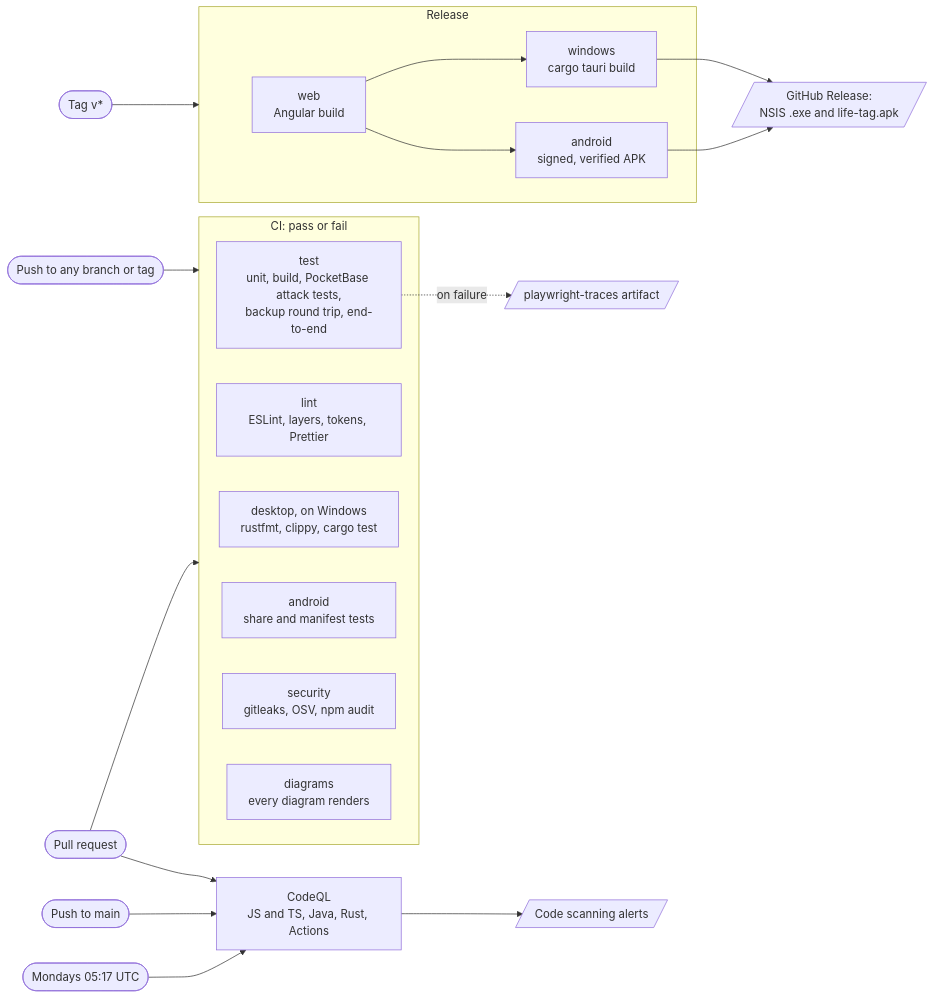
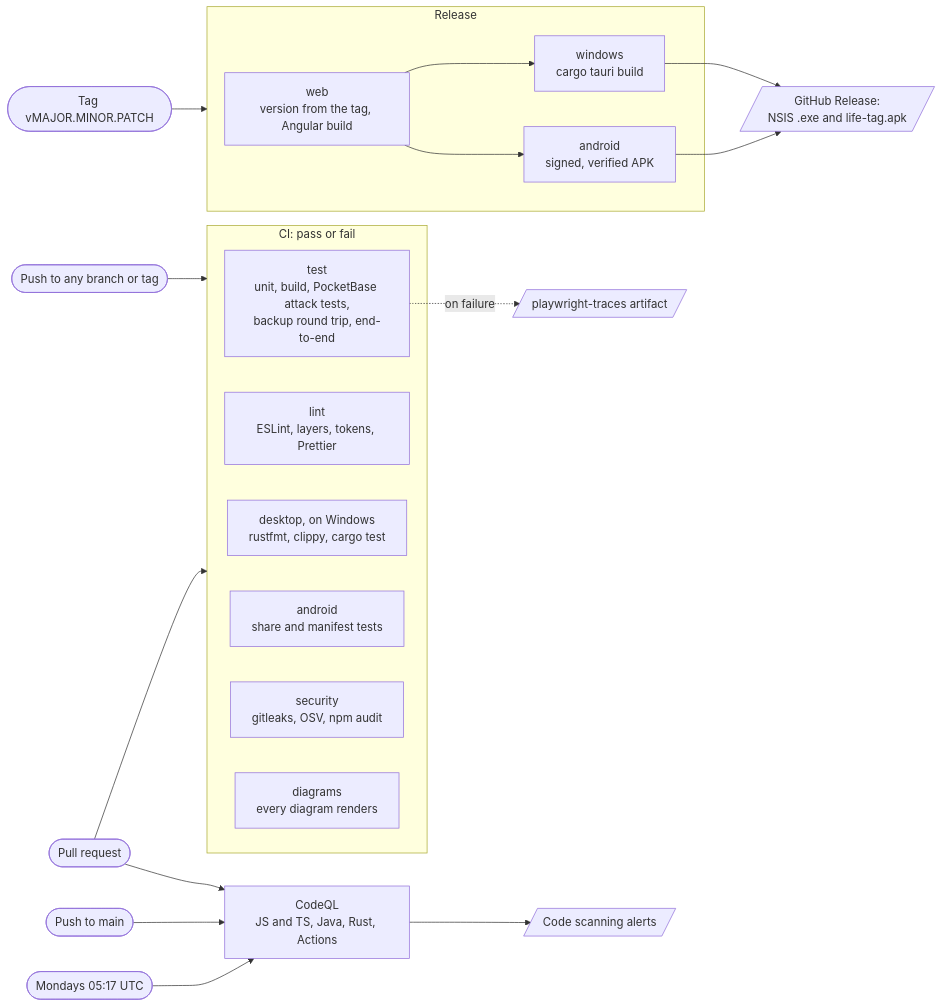
Before and after one commit to valde222/life_app: the diagram in docs/diagrams/10-ci-cd.md, drawn with Mermaid. The commit also changed other lines of this file and 7 other files, not shown here.

Commit message:
feat: releases take their version from a vMAJOR.MINOR.PATCH tag: web build, APK versionCode, installer; shown in Settings

````diff
--- a/docs/diagrams/10-ci-cd.md
+++ b/docs/diagrams/10-ci-cd.md
@@ -5,28 +5,28 @@
 ```mermaid
 flowchart LR
   push(["Push to any branch or tag"]) --> ci
   pr(["Pull request"]) --> ci
   pr --> codeql
   main(["Push to main"]) --> codeql
   week(["Mondays 05:17 UTC"]) --> codeql
-  tag(["Tag v*"]) --> release
+  tag(["Tag vMAJOR.MINOR.PATCH"]) --> release
 
   subgraph ci["CI: pass or fail"]
     test["test<br/>unit, build, PocketBase attack tests,<br/>backup round trip, end-to-end"]
     lint["lint<br/>ESLint, layers, tokens, Prettier"]
     desktop["desktop, on Windows<br/>rustfmt, clippy, cargo test"]
     android["android<br/>share and manifest tests"]
     security["security<br/>gitleaks, OSV, npm audit"]
     diagrams["diagrams<br/>every diagram renders"]
   end
   test -. "on failure" .-> traces[/"playwright-traces artifact"/]
 
   codeql["CodeQL<br/>JS and TS, Java, Rust, Actions"] --> alerts[/"Code scanning alerts"/]
 
   subgraph release["Release"]
-    web["web<br/>Angular build"] --> windows["windows<br/>cargo tauri build"]
+    web["web<br/>version from the tag, Angular build"] --> windows["windows<br/>cargo tauri build"]
     web --> apk["android<br/>signed, verified APK"]
   end
   windows --> gh[/"GitHub Release:<br/>NSIS .exe and life-tag.apk"/]
   apk --> gh
 ```
````
